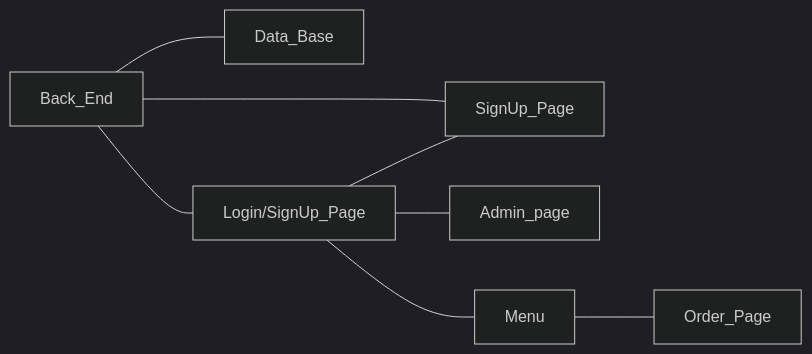
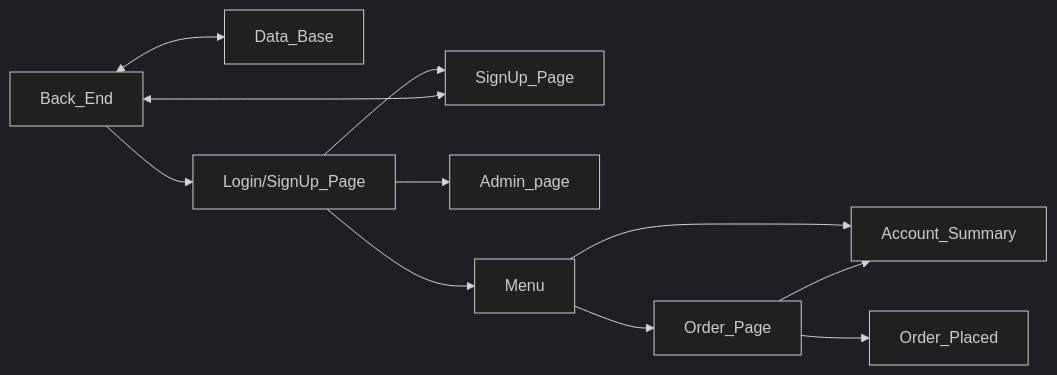
One commit to EECE3093C/team-project-nontoastermakers changed the diagram in README.md. Above: the diagram before and after it, drawn with Mermaid (dark theme). The commit also changed other lines of this file, not shown here.

````diff
--- a/README.md
+++ b/README.md
@@ -31,13 +31,16 @@
 ```mermaid
 
 flowchart LR
 
   
-    Back_End --- Data_Base
-    Back_End --- Login/SignUp_Page
-    Login/SignUp_Page --- SignUp_Page 
-    Back_End --- SignUp_Page
-    Login/SignUp_Page --- Admin_page
-    Login/SignUp_Page --- Menu
-    Menu --- Order_Page
+    Back_End <--> Data_Base
+    Back_End --> Login/SignUp_Page
+    Login/SignUp_Page --> SignUp_Page 
+    Back_End <--> SignUp_Page
+    Login/SignUp_Page --> Admin_page
+    Login/SignUp_Page --> Menu
+    Menu --> Order_Page
+    Menu --> Account_Summary
+    Order_Page --> Account_Summary
+    Order_Page --> Order_Placed
  ```
````
